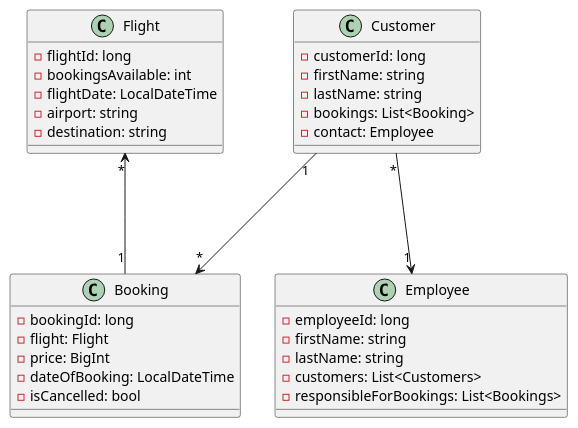
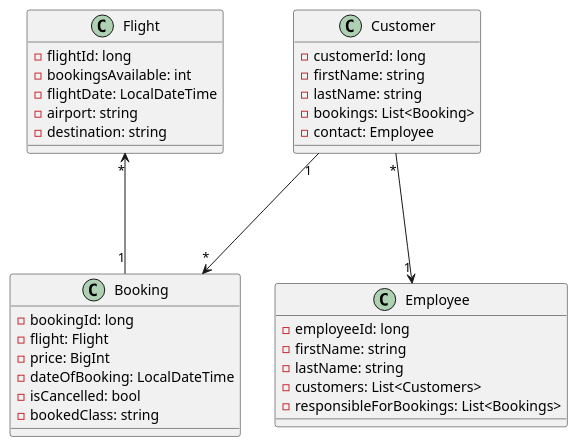
The diagram in asciidocs/asciidocs/plantuml/class-diagram.puml (2122-5ahif-nvs/02-microproject-TarikTarikH), drawn with PlantUML before and after one commit. The commit also changed 1 other file, not shown here.

Commit message:
added use-case-diagram

```diff
--- a/asciidocs/asciidocs/plantuml/class-diagram.puml
+++ b/asciidocs/asciidocs/plantuml/class-diagram.puml
@@ -1,37 +1,38 @@
 @startuml
 class Customer {
 - customerId: long
 - firstName: string
 - lastName: string
 - bookings: List<Booking>
 - contact: Employee
 }
 
 class Employee {
 - employeeId: long
 - firstName: string
 - lastName: string
 - customers: List<Customers>
 - responsibleForBookings: List<Bookings>
 }
 
 class Booking {
 - bookingId: long
 - flight: Flight
 - price: BigInt
 - dateOfBooking: LocalDateTime
 - isCancelled: bool
+- bookedClass: string
 }
 
 class Flight {
 - flightId: long
 - bookingsAvailable: int
 - flightDate: LocalDateTime
 - airport: string
 - destination: string
 }
 
 Customer "*" ---> "1" Employee
 Customer "1" ---> "*" Booking
 Booking "1" --up-> "*" Flight
 @enduml
```
